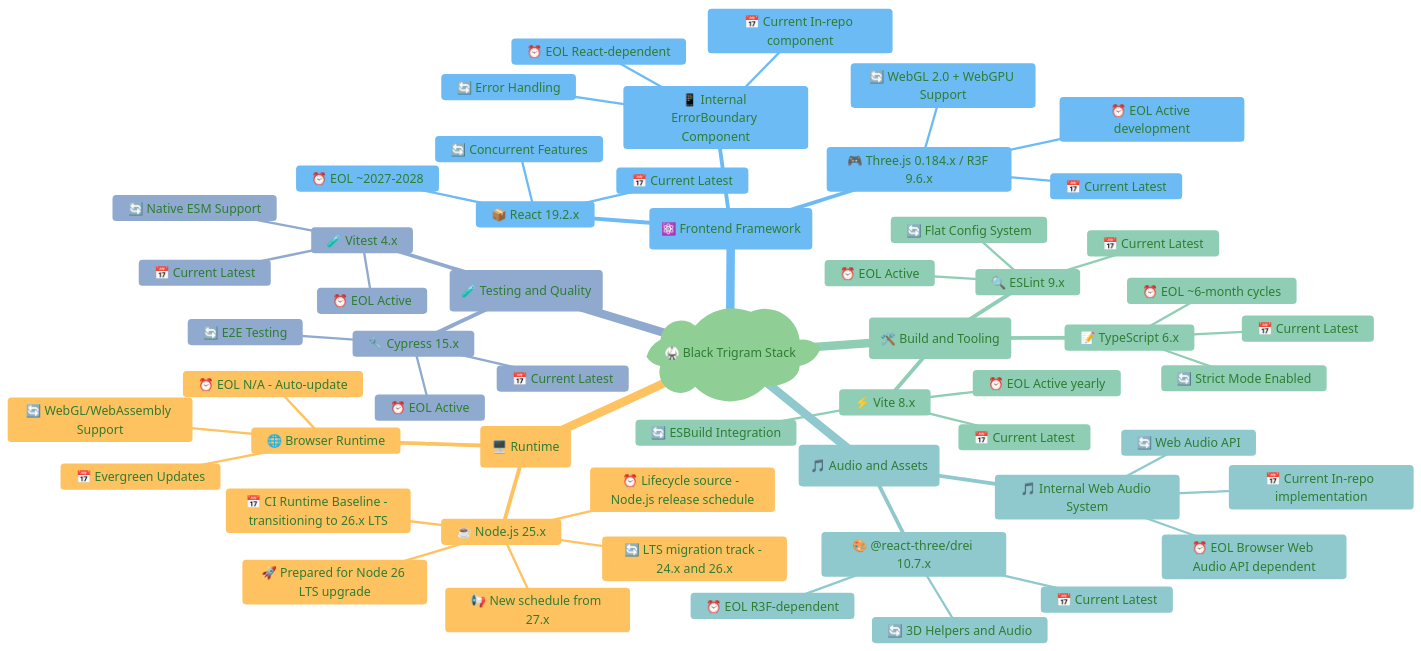
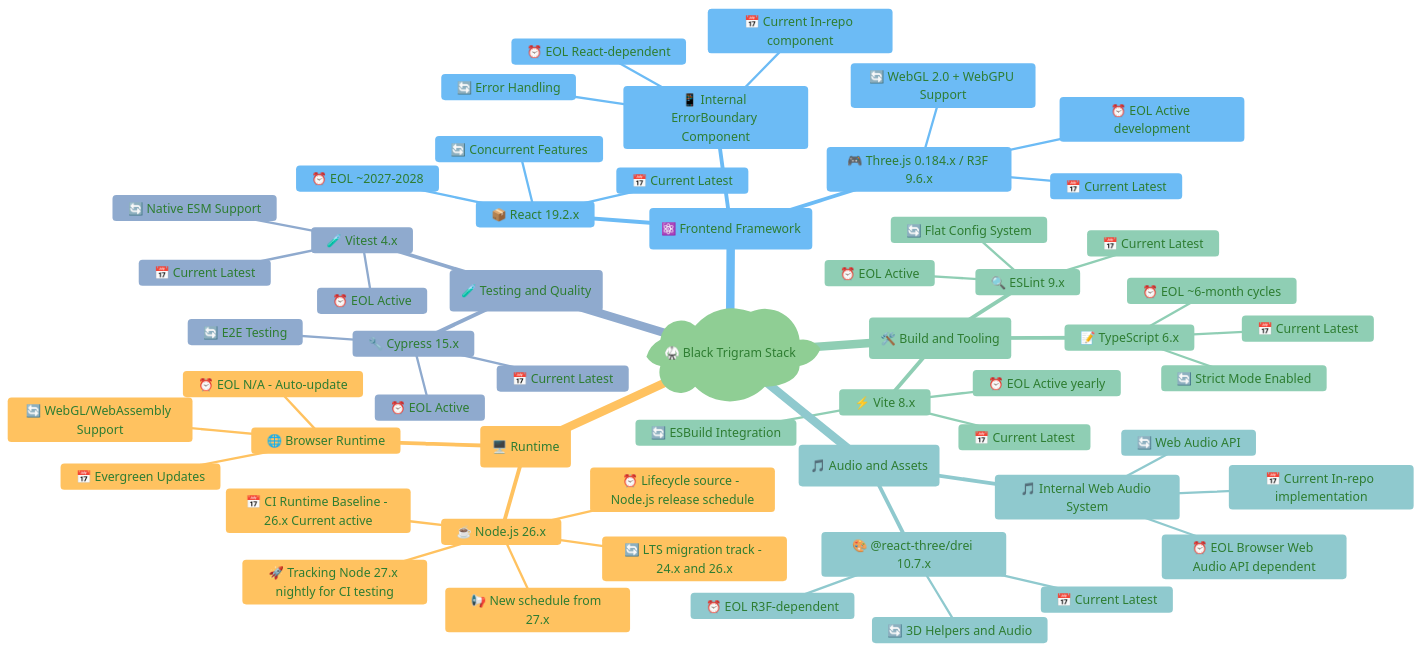
The first of 8 diagrams in End-of-Life-Strategy.md (Hack23/blacktrigram), drawn with Mermaid before and after one commit. The commit also changed other lines of this file and 24 other files, not shown here.

Commit message:
feat: upgrade to Node.js 26 and add Node 27 nightly workflow

````diff
--- a/End-of-Life-Strategy.md
+++ b/End-of-Life-Strategy.md
@@ -51,71 +51,71 @@
 ```mermaid
 %%{
   init: {
     'theme': 'base',
     'themeVariables': {
       'primaryColor': '#e8f5e9',
       'primaryTextColor': '#2e7d32',
       'lineColor': '#4caf50',
       'secondaryColor': '#fff3e0',
       'tertiaryColor': '#e3f2fd'
     }
   }
 }%%
 mindmap
   root)🥋 Black Trigram Stack(
     (🖥️ Runtime)
-      ☕ Node.js 25.x
-        📅 CI Runtime Baseline - transitioning to 26.x LTS
+      ☕ Node.js 26.x
+        📅 CI Runtime Baseline - 26.x Current active
         ⏰ Lifecycle source - Node.js release schedule
         🔄 LTS migration track - 24.x and 26.x
         📢 New schedule from 27.x
-        🚀 Prepared for Node 26 LTS upgrade
+        🚀 Tracking Node 27.x nightly for CI testing
       🌐 Browser Runtime
         📅 Evergreen Updates
         ⏰ EOL N/A - Auto-update
         🔄 WebGL/WebAssembly Support
     (⚛️ Frontend Framework)
       📦 React 19.2.x
         📅 Current Latest
         ⏰ EOL ~2027-2028
         🔄 Concurrent Features
       🎮 Three.js 0.184.x / R3F 9.6.x
         📅 Current Latest
         ⏰ EOL Active development
         🔄 WebGL 2.0 + WebGPU Support
       📱 Internal ErrorBoundary Component
         📅 Current In-repo component
         ⏰ EOL React-dependent
         🔄 Error Handling
     (🛠️ Build and Tooling)
       ⚡ Vite 8.x
         📅 Current Latest
         ⏰ EOL Active yearly
         🔄 ESBuild Integration
       📝 TypeScript 6.x
         📅 Current Latest
         ⏰ EOL ~6-month cycles
         🔄 Strict Mode Enabled
       🔍 ESLint 9.x
         📅 Current Latest
         ⏰ EOL Active
         🔄 Flat Config System
     (🎵 Audio and Assets)
       🎵 Internal Web Audio System
         📅 Current In-repo implementation
         ⏰ EOL Browser Web Audio API dependent
         🔄 Web Audio API
       🎨 @react-three/drei 10.7.x
         📅 Current Latest
         ⏰ EOL R3F-dependent
         🔄 3D Helpers and Audio
     (🧪 Testing and Quality)
       🧪 Vitest 4.x
         📅 Current Latest
         ⏰ EOL Active
         🔄 Native ESM Support
       🔧 Cypress 15.x
         📅 Current Latest
         ⏰ EOL Active
         🔄 E2E Testing
 ```
````
